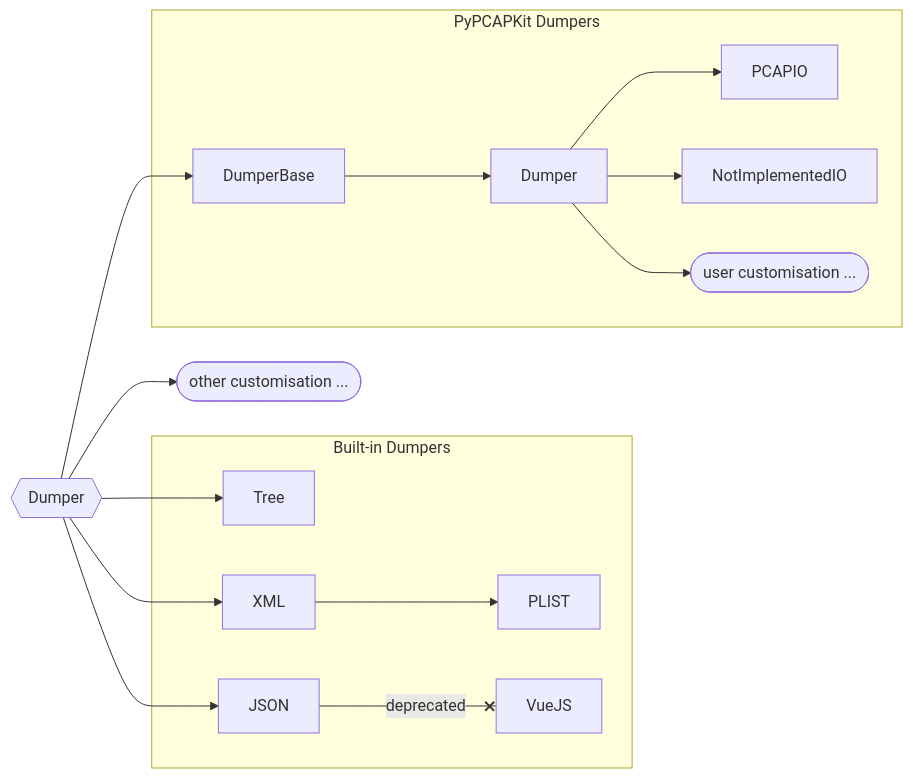
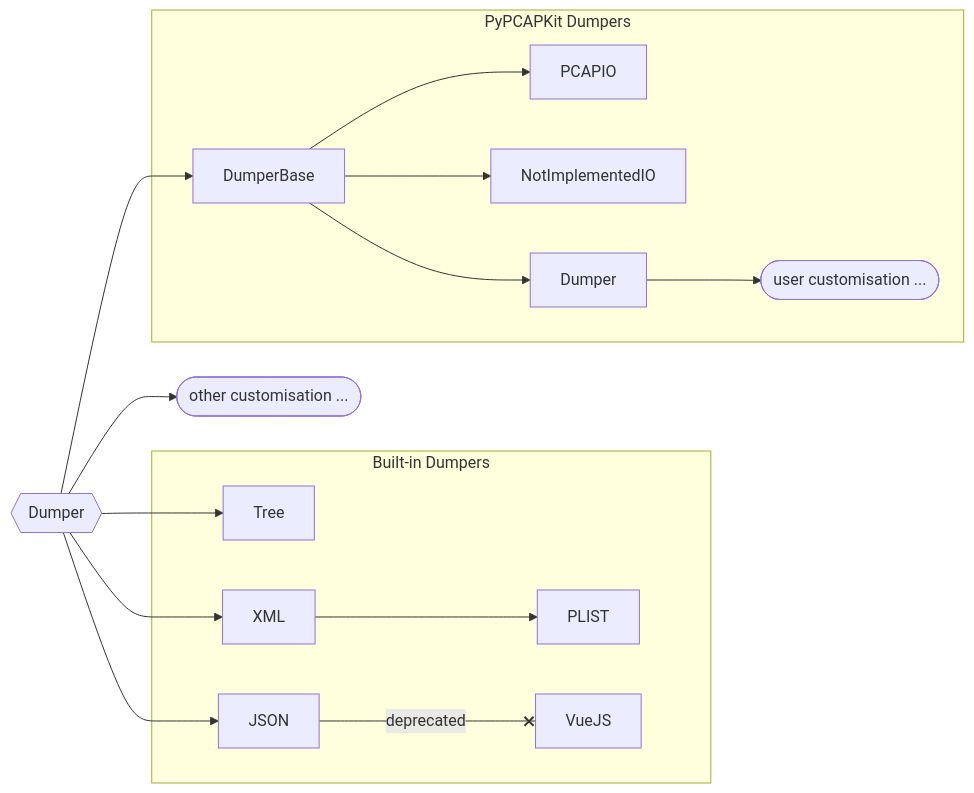
Before and after one commit to JarryShaw/PyPCAPKit: the diagram in docs/source/pcapkit/dumpkit/index.rst, drawn with Mermaid. The commit also changed 32 other files, not shown here.

```diff
--- a/docs/source/pcapkit/dumpkit/index.rst
+++ b/docs/source/pcapkit/dumpkit/index.rst
@@ -23,30 +23,30 @@
 .. mermaid::
 
    flowchart LR
        A{{Dumper}} --> D([other customisation ...])
 
        subgraph builtins [Built-in Dumpers]
            Tree & XML & JSON
            XML --> PLIST
            JSON -- deprecated --x VueJS
        end
        A --> Tree & XML & JSON
 
        subgraph pcapkit [PyPCAPKit Dumpers]
-           DumperBase --> Dumper --> PCAPIO & NotImplementedIO
-           Dumper --> E([user customisation ...])
+           DumperBase --> PCAPIO & NotImplementedIO
+           DumperBase --> Dumper --> E([user customisation ...])
        end
        A --> DumperBase
 
        click A "https://dictdumper.jarryshaw.me/en/latest/dictdumper.dumper.html#dictdumper.dumper.Dumper"
 
        click Tree "https://dictdumper.jarryshaw.me/en/latest/dictdumper.tree.html#dictdumper.tree.Tree"
        click XML "https://dictdumper.jarryshaw.me/en/latest/dictdumper.xml.html#dictdumper.xml.XML"
        click JSON "https://dictdumper.jarryshaw.me/en/latest/dictdumper.json.html#dictdumper.json.JSON"
        click PLIST "https://dictdumper.jarryshaw.me/en/latest/dictdumper.plist.html#dictdumper.plist.PLIST"
        click VueJS "https://dictdumper.jarryshaw.me/en/latest/dictdumper.vuejs.html#dictdumper.vuejs.VueJS"
 
        click DumperBase "/pcapkit/dumpkit/common.html#pcapkit.dumpkit.common.DumperBase"
        click Dumper "/pcapkit/dumpkit/common.html#pcapkit.dumpkit.common.Dumper"
        click PCAPIO "/pcapkit/dumpkit/pcap.html#pcapkit.dumpkit.pcap.PCAPIO"
-       click NotImplementedIO "/pcapkit/dumpkit/pcap.html#pcapkit.dumpkit.pcap.NotImplementedIO"
+       click NotImplementedIO "/pcapkit/dumpkit/null.html#pcapkit.dumpkit.null.NotImplementedIO"
```
